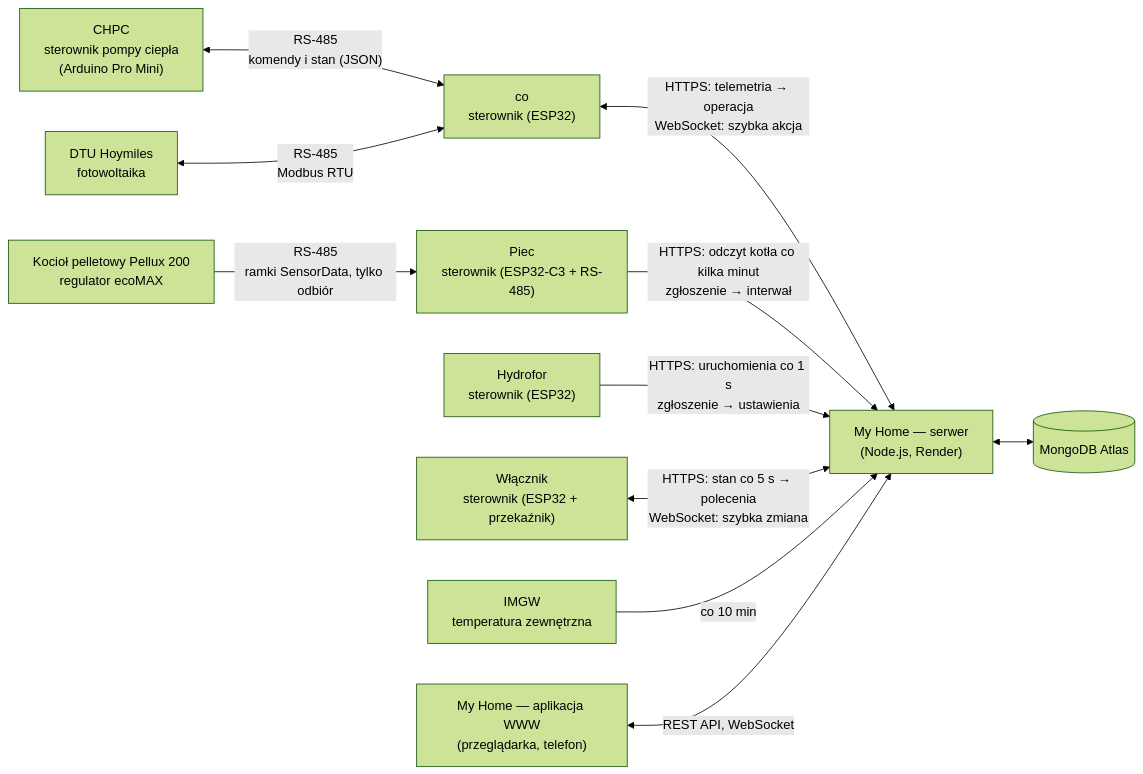
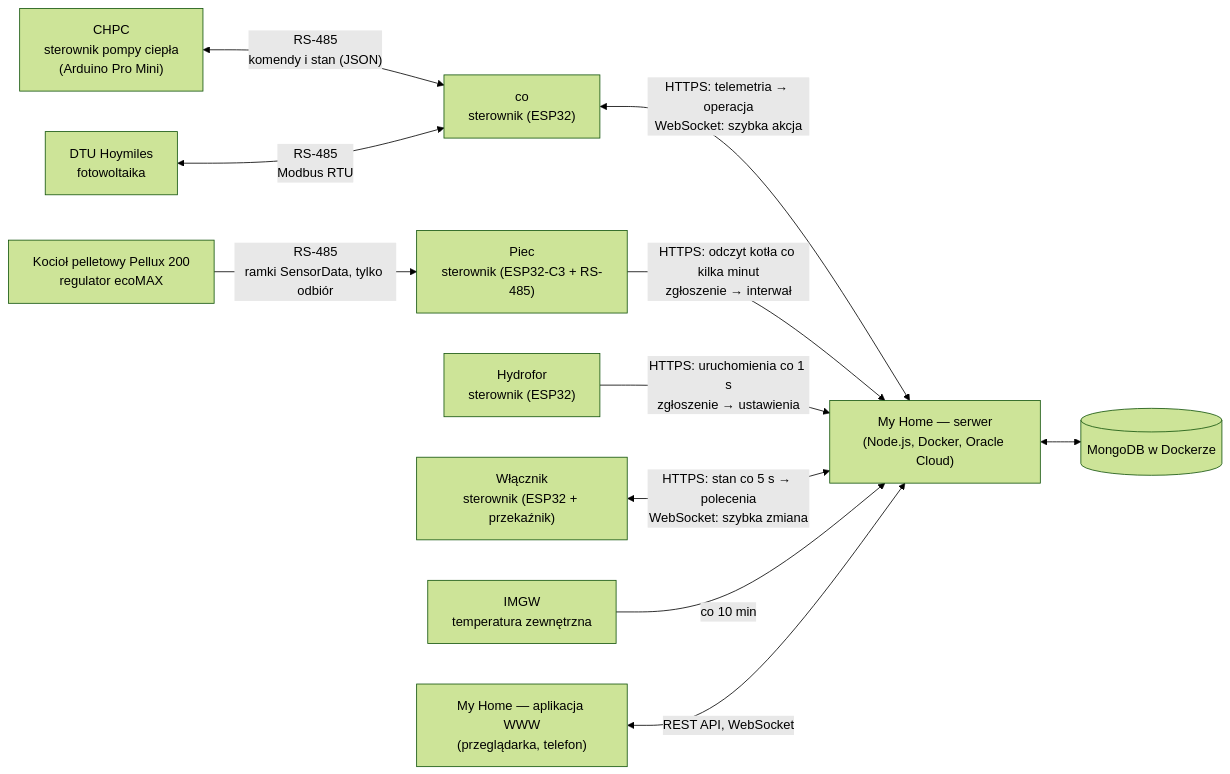
One commit to robertorlowski/my-home changed the diagram in docs/README.md. Above: the diagram before and after it, drawn with Mermaid (forest theme). The commit also changed other lines of this file and 34 other files, not shown here.

````diff
--- a/docs/README.md
+++ b/docs/README.md
@@ -18,25 +18,25 @@
 ```mermaid
 flowchart LR
     CHPC["CHPC<br/>sterownik pompy ciepła<br/>(Arduino Pro Mini)"]
     DTU["DTU Hoymiles<br/>fotowoltaika"]
     CO["co<br/>sterownik (ESP32)"]
     ECO["Kocioł pelletowy Pellux 200<br/>regulator ecoMAX"]
     PEL["Piec<br/>sterownik (ESP32-C3 + RS-485)"]
     HYD["Hydrofor<br/>sterownik (ESP32)"]
     SW["Włącznik<br/>sterownik (ESP32 + przekaźnik)"]
-    SRV["My Home — serwer<br/>(Node.js, Render)"]
-    DB[("MongoDB Atlas")]
+    SRV["My Home — serwer<br/>(Node.js, Docker, Oracle Cloud)"]
+    DB[("MongoDB w Dockerze")]
     WEB["My Home — aplikacja WWW<br/>(przeglądarka, telefon)"]
     IMGW["IMGW<br/>temperatura zewnętrzna"]
 
     CHPC <-- "RS-485<br/>komendy i stan (JSON)" --> CO
     DTU <-- "RS-485<br/>Modbus RTU" --> CO
     ECO -- "RS-485<br/>ramki SensorData, tylko odbiór" --> PEL
     CO <-- "HTTPS: telemetria → operacja<br/>WebSocket: szybka akcja" --> SRV
     PEL -- "HTTPS: odczyt kotła co kilka minut<br/>zgłoszenie → interwał" --> SRV
     HYD -- "HTTPS: uruchomienia co 1 s<br/>zgłoszenie → ustawienia" --> SRV
     SW <-- "HTTPS: stan co 5 s → polecenia<br/>WebSocket: szybka zmiana" --> SRV
     IMGW -- "co 10 min" --> SRV
     SRV <--> DB
     WEB <-- "REST API, WebSocket" --> SRV
 ```
````
